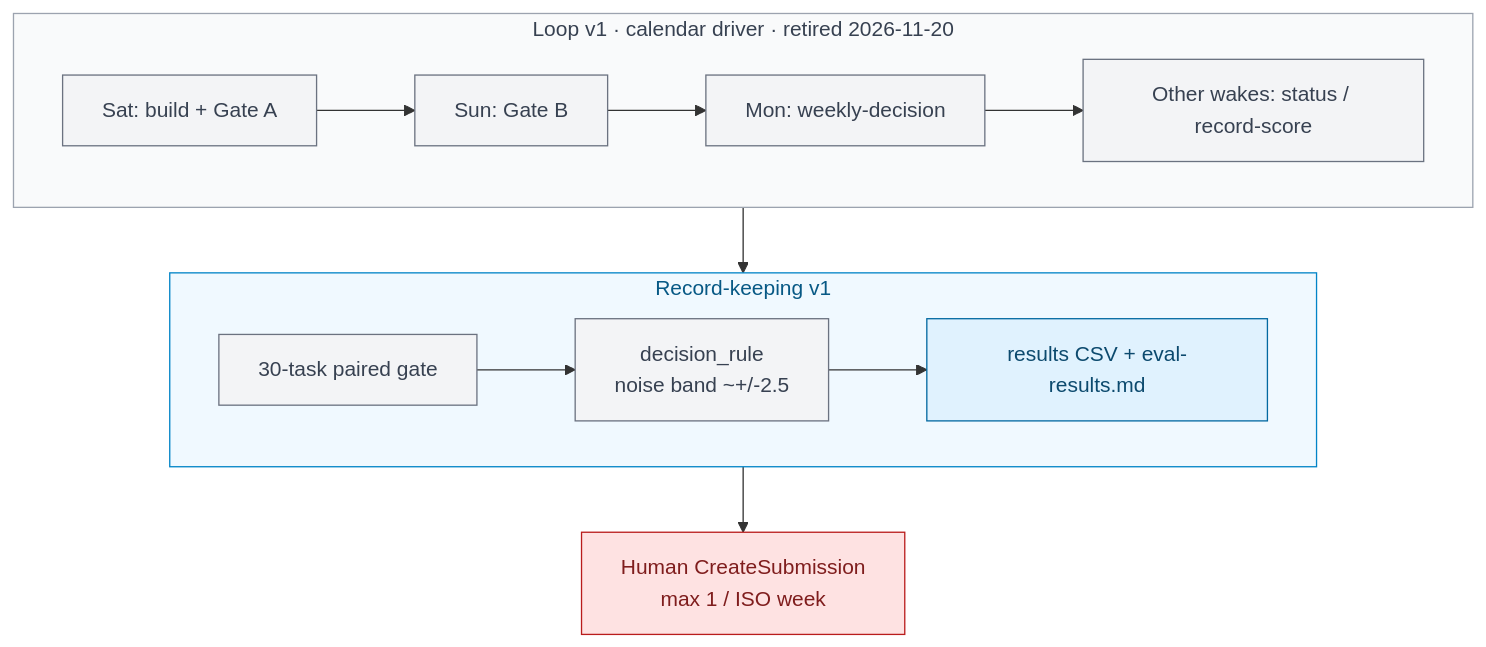
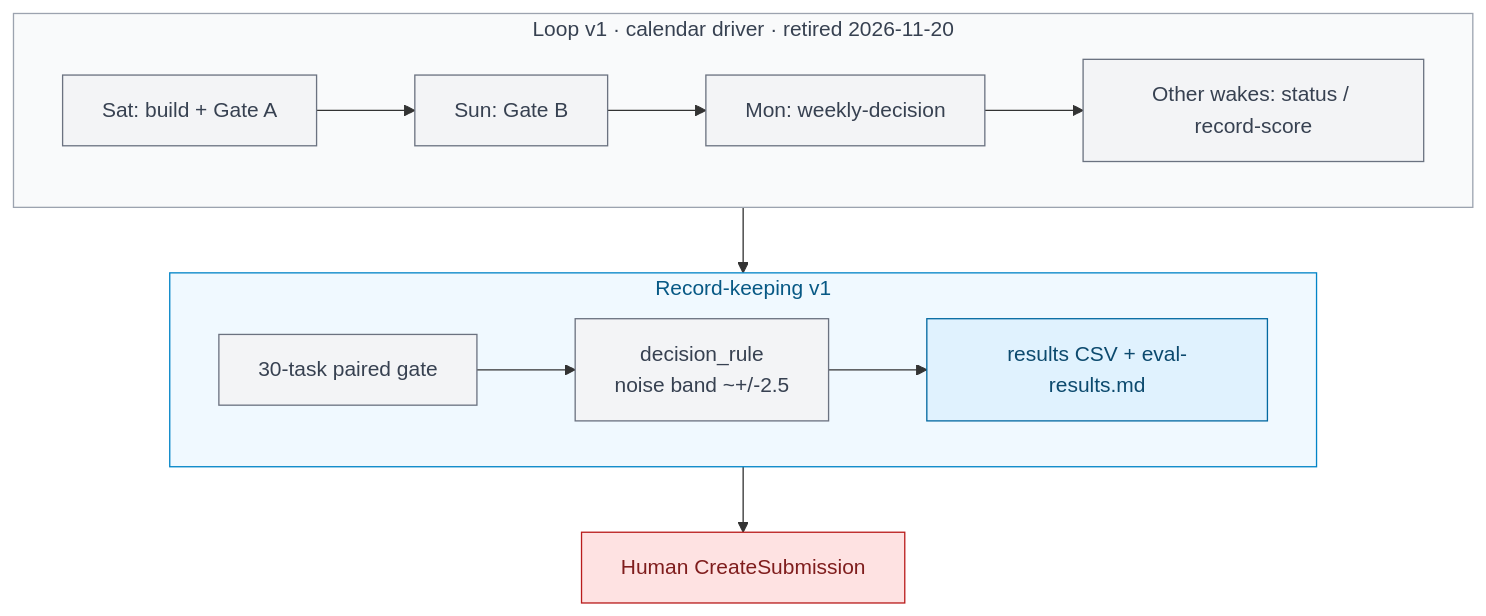
The fourth of 11 diagrams in docs/wiki/Architecture.md (khaosans/noisegate-gemma4-factory), drawn with Mermaid before and after one commit. The commit also changed other lines of this file and 18 other files, not shown here.

````diff
--- a/docs/wiki/Architecture.md
+++ b/docs/wiki/Architecture.md
@@ -112,27 +112,27 @@
 ```mermaid
 flowchart TB
   subgraph Cal["Loop v1 · calendar driver · retired 2026-11-20"]
     direction LR
     Sat1[Sat: build + Gate A] --> Sun1[Sun: Gate B]
     Sun1 --> Mon1[Mon: weekly-decision]
     Mon1 --> St1[Other wakes: status / record-score]
   end
 
   subgraph Rec1["Record-keeping v1"]
     direction LR
     G30["30-task paired gate"] --> Noise["decision_rule<br/>noise band ~+/-2.5"]
     Noise --> CSV1["results CSV + eval-results.md"]
   end
 
   Cal --> Rec1
-  Rec1 --> Hitl1["Human CreateSubmission<br/>max 1 / ISO week"]
+  Rec1 --> Hitl1["Human CreateSubmission"]
 
   classDef retired fill:#F3F4F6,stroke:#6B7280,color:#374151
   classDef record fill:#E0F2FE,stroke:#0369A1,color:#0C4A6E
   classDef hitl fill:#FEE2E2,stroke:#B91C1C,color:#7F1D1D
   class Sat1,Sun1,Mon1,St1,G30,Noise retired
   class CSV1 record
   class Hitl1 hitl
   style Cal fill:#F9FAFB,stroke:#9CA3AF,color:#374151
   style Rec1 fill:#F0F9FF,stroke:#0284C7,color:#075985
 ```
````
